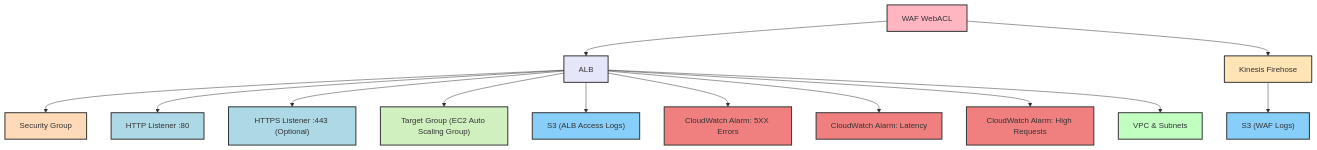
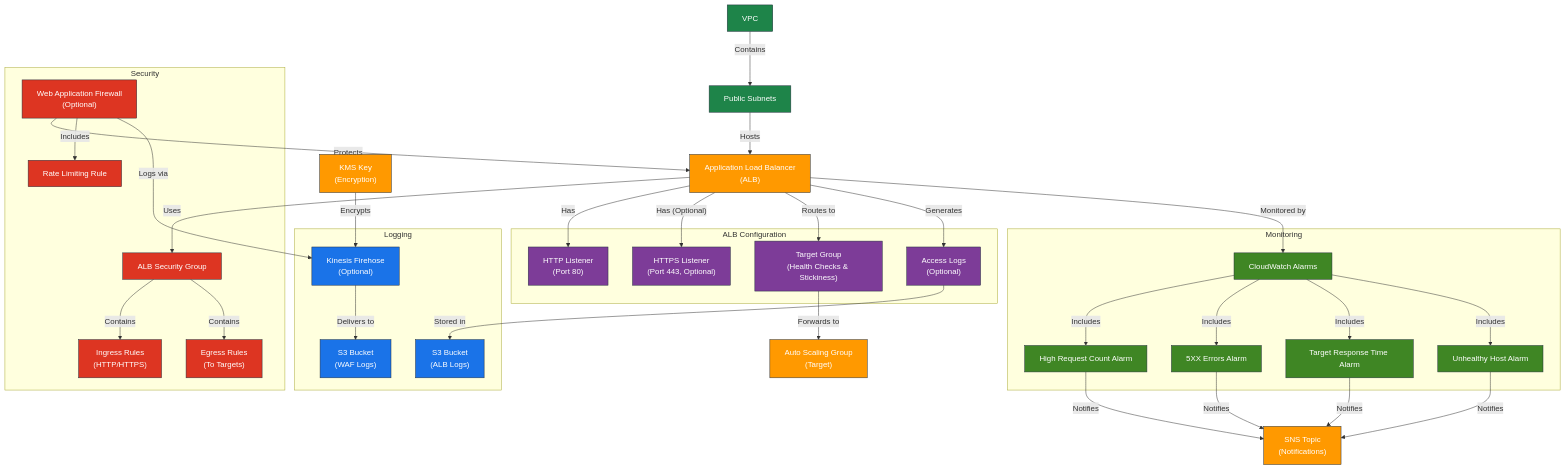
Before and after one commit to hetmanskyi-cloud/AWS: the diagram in terraform/modules/alb/README.md, drawn with Mermaid.

````diff
--- a/terraform/modules/alb/README.md
+++ b/terraform/modules/alb/README.md
@@ -11,42 +11,91 @@
 ```mermaid
-graph TD
-  WAF["WAF WebACL"]
-  WAF --> ALB["ALB"]
-
-  ALB --> SG["Security Group"]
-  ALB --> HTTP["HTTP Listener :80"]
-  ALB --> HTTPS["HTTPS Listener :443 (Optional)"]
-  ALB --> TG["Target Group (EC2 Auto Scaling Group)"]
-  ALB --> S3_ALB["S3 (ALB Access Logs)"]
-  ALB --> CW_5xx["CloudWatch Alarm: 5XX Errors"]
-  ALB --> CW_Latency["CloudWatch Alarm: Latency"]
-  ALB --> CW_Requests["CloudWatch Alarm: High Requests"]
-
-  WAF --> Firehose["Kinesis Firehose"]
-  Firehose --> S3_WAF["S3 (WAF Logs)"]
-
-  ALB --> VPC["VPC & Subnets"]
-
-  %% Class assignments
-  class ALB alb;
-  class SG sg;
-  class TG tg;
-  class HTTP,HTTPS listener;
-  class WAF waf;
-  class Firehose firehose;
-  class S3_WAF,S3_ALB s3;
-  class CW_5xx,CW_Latency,CW_Requests cloudwatch;
-  class VPC vpc;
-
-  %% Class definitions (colors)
-  classDef alb fill:#E6E6FA,stroke:#333,stroke-width:2px;
-  classDef sg fill:#FFDAB9,stroke:#333,stroke-width:2px;
-  classDef tg fill:#D0F0C0,stroke:#333,stroke-width:2px;
-  classDef listener fill:#ADD8E6,stroke:#333,stroke-width:2px;
-  classDef waf fill:#FFB6C1,stroke:#333,stroke-width:2px;
-  classDef firehose fill:#FFE4B5,stroke:#333,stroke-width:2px;
-  classDef s3 fill:#87CEFA,stroke:#333,stroke-width:2px;
-  classDef cloudwatch fill:#F08080,stroke:#333,stroke-width:2px;
-  classDef vpc fill:#C1FFC1,stroke:#333,stroke-width:2px;
-
+graph TB
+    %% Main Components
+    VPC["VPC"]
+    PublicSubnets["Public Subnets"]
+    ALB["Application Load Balancer<br>(ALB)"]
+    ASG["Auto Scaling Group<br>(Target)"]
+    KMS["KMS Key<br>(Encryption)"]
+    SNS["SNS Topic<br>(Notifications)"]
+    
+    %% ALB Components
+    subgraph "ALB Configuration"
+        HTTP["HTTP Listener<br>(Port 80)"]
+        HTTPS["HTTPS Listener<br>(Port 443, Optional)"]
+        TargetGroup["Target Group<br>(Health Checks & Stickiness)"]
+        AccessLogs["Access Logs<br>(Optional)"]
+    end
+    
+    subgraph "Security"
+        ALB_SG["ALB Security Group"]
+        IngressRules["Ingress Rules<br>(HTTP/HTTPS)"]
+        EgressRules["Egress Rules<br>(To Targets)"]
+        WAF["Web Application Firewall<br>(Optional)"]
+        RateLimiting["Rate Limiting Rule"]
+    end
+    
+    subgraph "Monitoring"
+        CWAlarms["CloudWatch Alarms"]
+        HighRequestAlarm["High Request Count Alarm"]
+        ErrorAlarm["5XX Errors Alarm"]
+        ResponseTimeAlarm["Target Response Time Alarm"]
+        UnhealthyHostAlarm["Unhealthy Host Alarm"]
+    end
+    
+    subgraph "Logging"
+        S3_ALB["S3 Bucket<br>(ALB Logs)"]
+        Firehose["Kinesis Firehose<br>(Optional)"]
+        S3_WAF["S3 Bucket<br>(WAF Logs)"]
+    end
+    
+    %% Network Structure
+    VPC -->|"Contains"| PublicSubnets
+    PublicSubnets -->|"Hosts"| ALB
+    
+    %% ALB Configuration
+    ALB -->|"Has"| HTTP
+    ALB -->|"Has (Optional)"| HTTPS
+    ALB -->|"Routes to"| TargetGroup
+    TargetGroup -->|"Forwards to"| ASG
+    ALB -->|"Generates"| AccessLogs
+    
+    %% Security
+    ALB -->|"Uses"| ALB_SG
+    ALB_SG -->|"Contains"| IngressRules
+    ALB_SG -->|"Contains"| EgressRules
+    WAF -->|"Protects"| ALB
+    WAF -->|"Includes"| RateLimiting
+    
+    %% Monitoring
+    ALB -->|"Monitored by"| CWAlarms
+    CWAlarms -->|"Includes"| HighRequestAlarm
+    CWAlarms -->|"Includes"| ErrorAlarm
+    CWAlarms -->|"Includes"| ResponseTimeAlarm
+    CWAlarms -->|"Includes"| UnhealthyHostAlarm
+    
+    HighRequestAlarm -->|"Notifies"| SNS
+    ErrorAlarm -->|"Notifies"| SNS
+    ResponseTimeAlarm -->|"Notifies"| SNS
+    UnhealthyHostAlarm -->|"Notifies"| SNS
+    
+    %% Logging
+    AccessLogs -->|"Stored in"| S3_ALB
+    WAF -->|"Logs via"| Firehose
+    Firehose -->|"Delivers to"| S3_WAF
+    KMS -->|"Encrypts"| Firehose
+    
+    %% Styling
+    classDef aws fill:#FF9900,stroke:#232F3E,color:white;
+    classDef security fill:#DD3522,stroke:#232F3E,color:white;
+    classDef monitoring fill:#3F8624,stroke:#232F3E,color:white;
+    classDef logging fill:#1A73E8,stroke:#232F3E,color:white;
+    classDef config fill:#7D3C98,stroke:#232F3E,color:white;
+    classDef network fill:#1E8449,stroke:#232F3E,color:white;
+    
+    class ALB,ASG,KMS,SNS aws;
+    class ALB_SG,IngressRules,EgressRules,WAF,RateLimiting security;
+    class CWAlarms,HighRequestAlarm,ErrorAlarm,ResponseTimeAlarm,UnhealthyHostAlarm monitoring;
+    class S3_ALB,Firehose,S3_WAF logging;
+    class HTTP,HTTPS,TargetGroup,AccessLogs config;
+    class VPC,PublicSubnets network;
 ```
````
